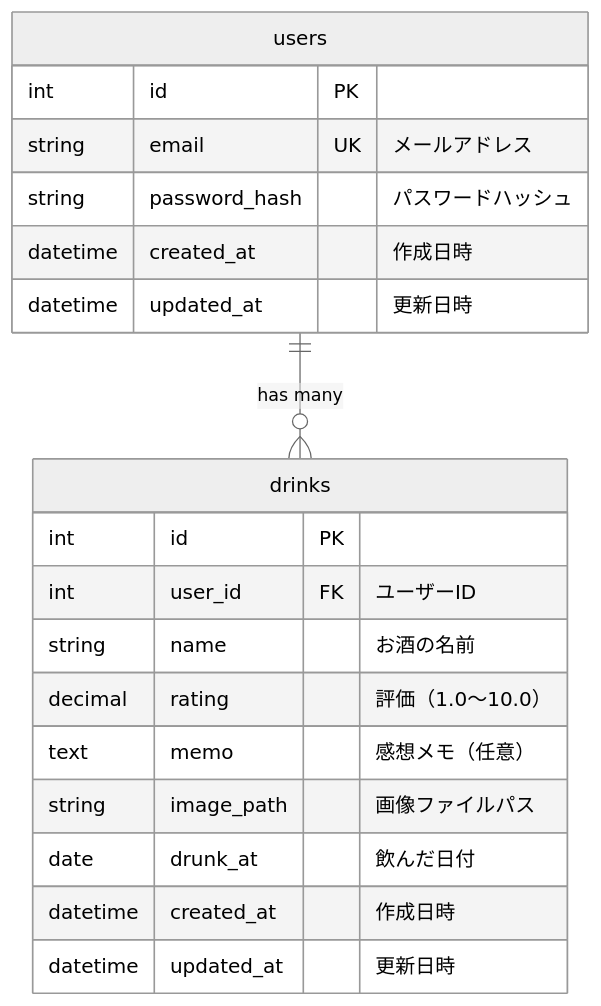
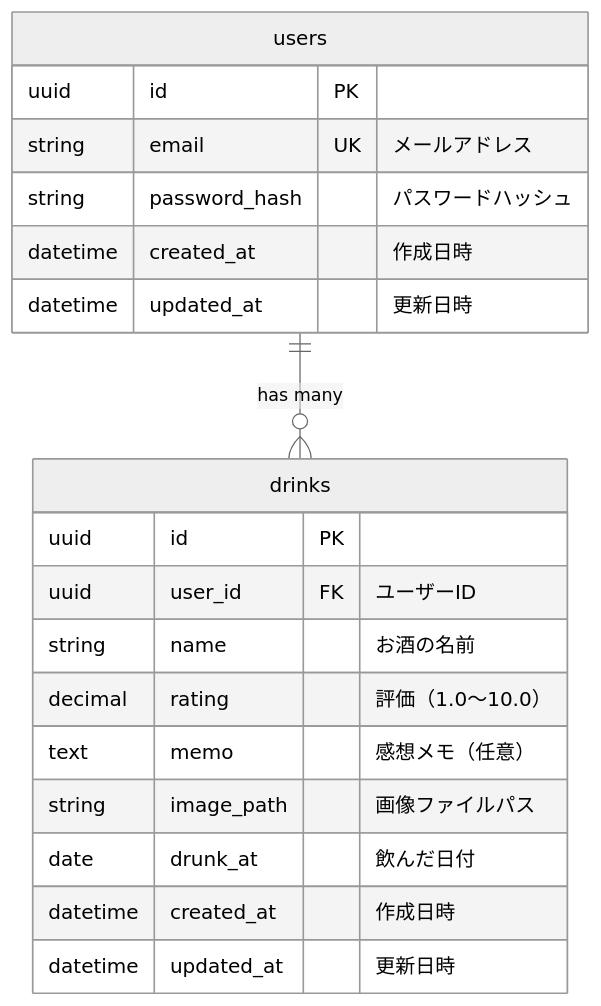
One commit to Udomomo/liquor-notes changed the second of 3 diagrams in docs/functional-design.md. Above: the diagram before and after it, drawn with Mermaid (neutral theme). The commit also changed other lines of this file and 2 other files, not shown here.

Commit message:
fix id type on table

````diff
--- a/docs/functional-design.md
+++ b/docs/functional-design.md
@@ -36,24 +36,24 @@
 ```mermaid
 erDiagram
     users ||--o{ drinks : "has many"
 
     users {
-        int id PK
+        uuid id PK
         string email UK "メールアドレス"
         string password_hash "パスワードハッシュ"
         datetime created_at "作成日時"
         datetime updated_at "更新日時"
     }
 
     drinks {
-        int id PK
-        int user_id FK "ユーザーID"
+        uuid id PK
+        uuid user_id FK "ユーザーID"
         string name "お酒の名前"
         decimal rating "評価（1.0〜10.0）"
         text memo "感想メモ（任意）"
         string image_path "画像ファイルパス"
         date drunk_at "飲んだ日付"
         datetime created_at "作成日時"
         datetime updated_at "更新日時"
     }
 ```
````
